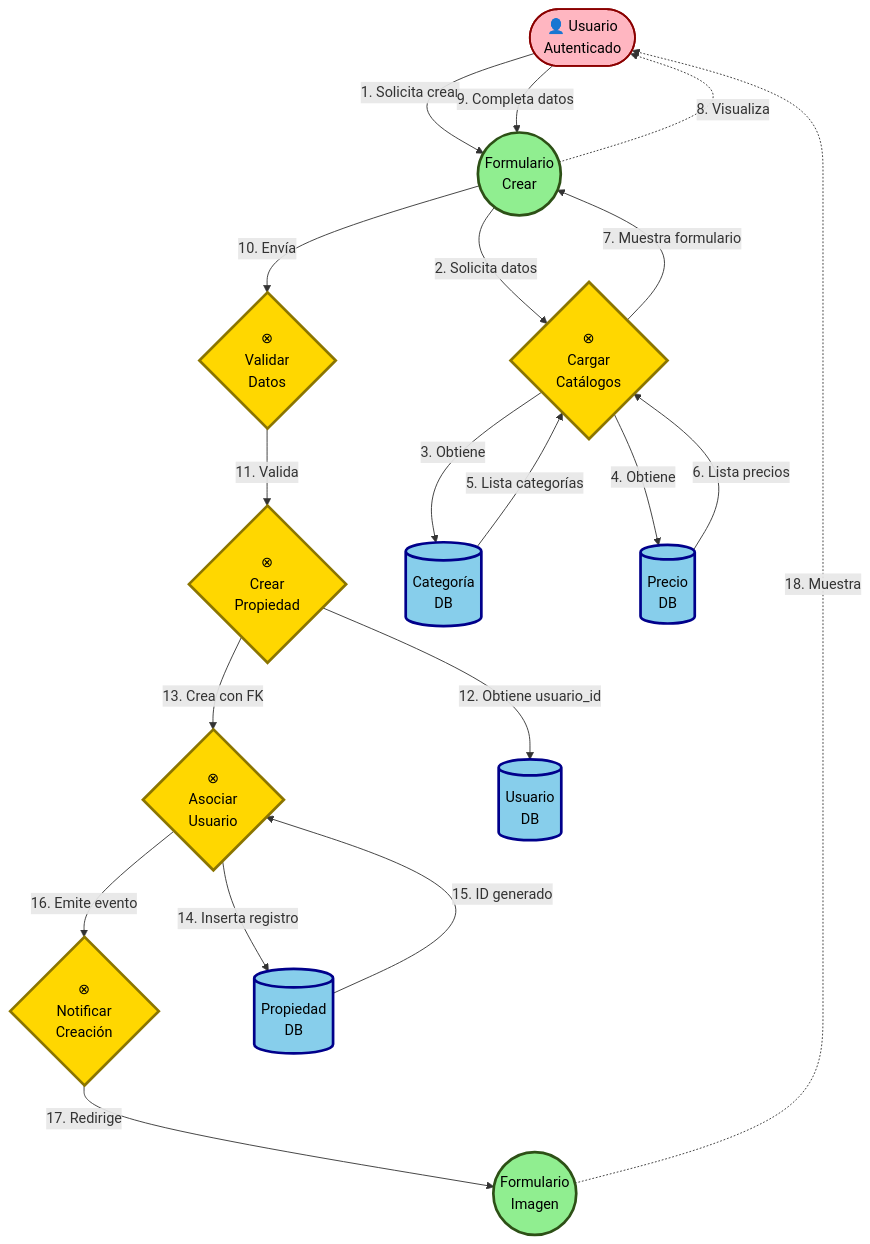
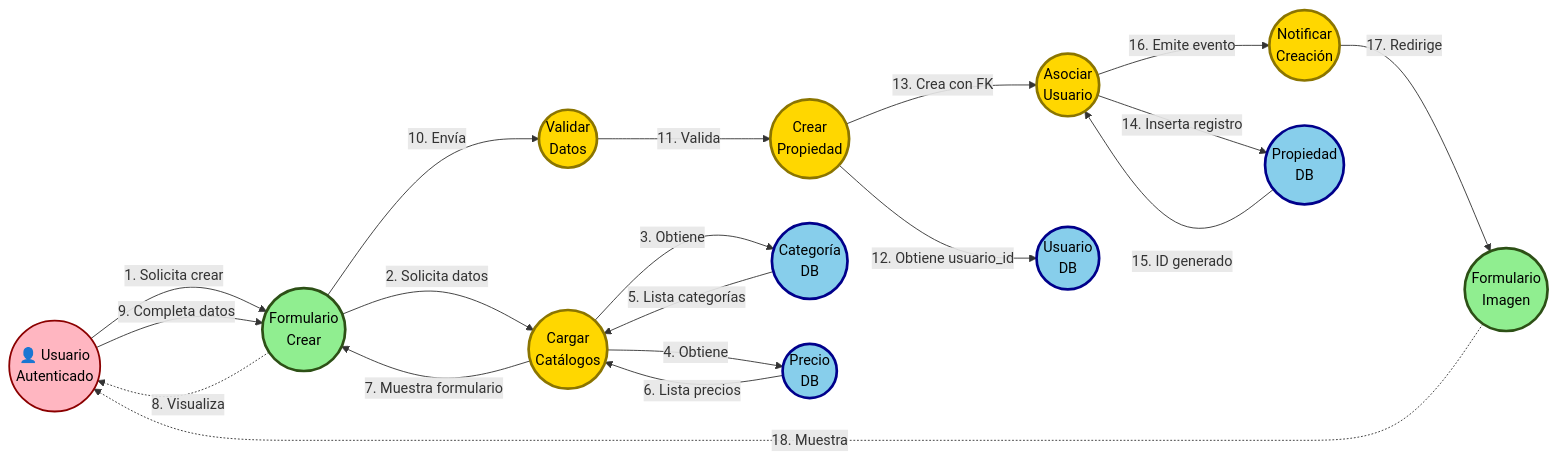
The third of 8 diagrams in diagrama-robustez-uml.md (cgala/TFI_HybridParking), drawn with Mermaid before and after one commit. The commit also changed other lines of this file and 1 other file, not shown here.

First line of the commit message:
Refactor: Diagramas de robustez con elementos redondos y diseño horizontal

````diff
--- a/diagrama-robustez-uml.md
+++ b/diagrama-robustez-uml.md
@@ -169,51 +169,51 @@
 ```mermaid
-graph TB
-    Actor([👤 Usuario<br/>Autenticado])
+graph LR
+    Actor((👤 Usuario<br/>Autenticado))
 
     %% BOUNDARIES
     B1((Formulario<br/>Crear))
     B2((Formulario<br/>Imagen))
 
     %% CONTROLS
-    C1{⊗<br/>Cargar<br/>Catálogos}
-    C2{⊗<br/>Validar<br/>Datos}
-    C3{⊗<br/>Crear<br/>Propiedad}
-    C4{⊗<br/>Asociar<br/>Usuario}
-    C5{⊗<br/>Notificar<br/>Creación}
+    C1((Cargar<br/>Catálogos))
+    C2((Validar<br/>Datos))
+    C3((Crear<br/>Propiedad))
+    C4((Asociar<br/>Usuario))
+    C5((Notificar<br/>Creación))
 
     %% ENTITIES
-    E1[(Categoría<br/>DB)]
-    E2[(Precio<br/>DB)]
-    E3[(Propiedad<br/>DB)]
-    E4[(Usuario<br/>DB)]
+    E1((Categoría<br/>DB))
+    E2((Precio<br/>DB))
+    E3((Propiedad<br/>DB))
+    E4((Usuario<br/>DB))
 
     Actor -->|1. Solicita crear| B1
     B1 -->|2. Solicita datos| C1
     C1 -->|3. Obtiene| E1
     C1 -->|4. Obtiene| E2
     E1 -->|5. Lista categorías| C1
     E2 -->|6. Lista precios| C1
     C1 -->|7. Muestra formulario| B1
     B1 -.->|8. Visualiza| Actor
 
     Actor -->|9. Completa datos| B1
     B1 -->|10. Envía| C2
     C2 -->|11. Valida| C3
     C3 -->|12. Obtiene usuario_id| E4
     C3 -->|13. Crea con FK| C4
     C4 -->|14. Inserta registro| E3
     E3 -->|15. ID generado| C4
     C4 -->|16. Emite evento| C5
     C5 -->|17. Redirige| B2
     B2 -.->|18. Muestra| Actor
 
     classDef boundary fill:#90EE90,stroke:#2d5016,stroke-width:3px,color:#000
     classDef control fill:#FFD700,stroke:#8B7500,stroke-width:3px,color:#000
     classDef entity fill:#87CEEB,stroke:#00008B,stroke-width:3px,color:#000
     classDef actor fill:#FFB6C1,stroke:#8B0000,stroke-width:2px,color:#000
 
     class B1,B2 boundary
     class C1,C2,C3,C4,C5 control
     class E1,E2,E3,E4 entity
     class Actor actor
 ```
````
